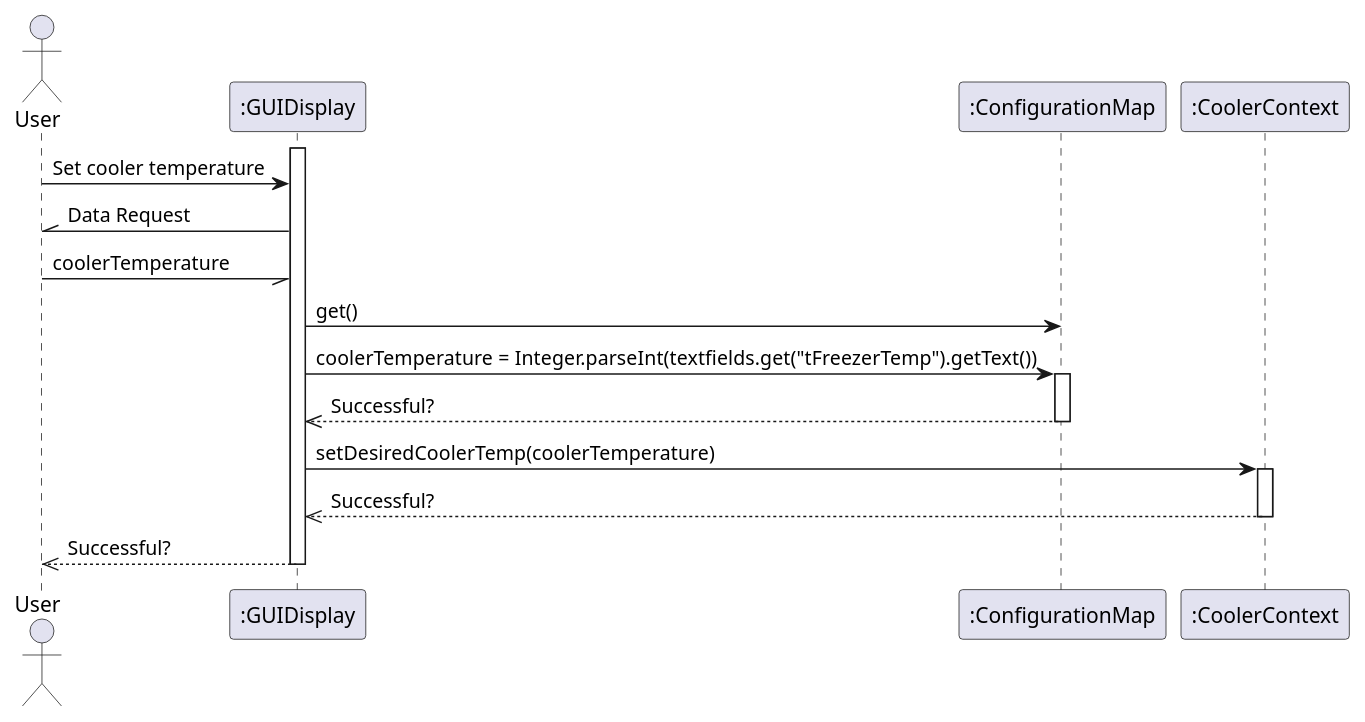
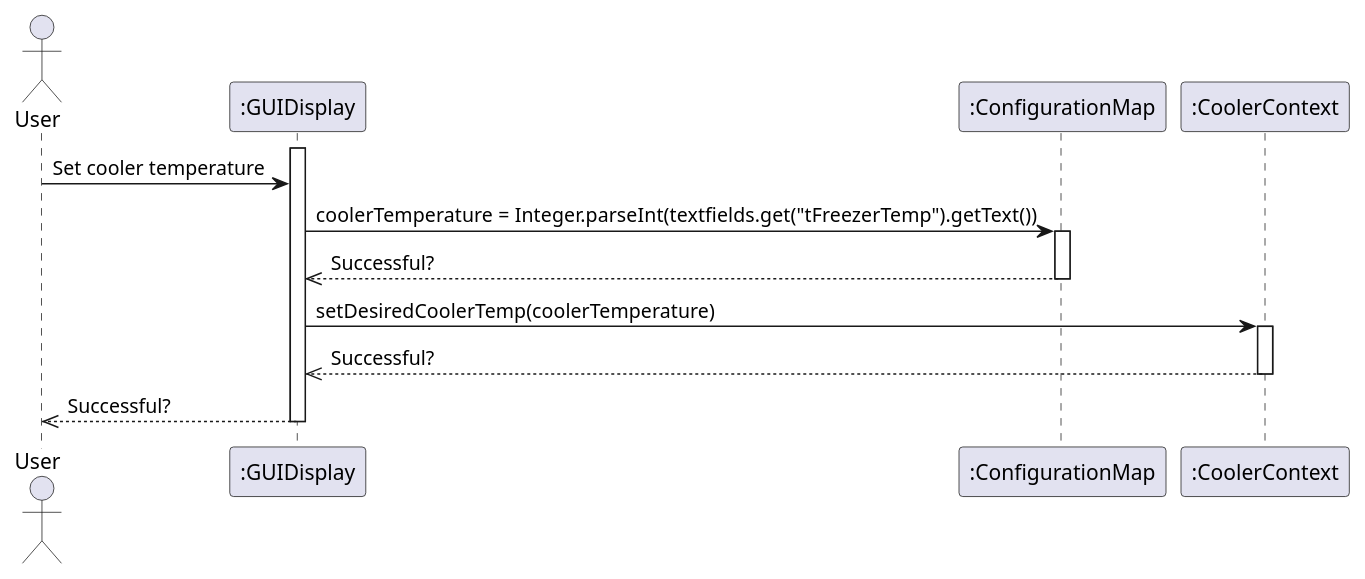
The diagram in src/SequenceDiagrams/SetCoolerTemp.pu (FreezeWarp/372Groupwork-Project2), drawn with PlantUML before and after one commit.

Commit message:
Forgot this one

```diff
--- a/src/SequenceDiagrams/SetCoolerTemp.pu
+++ b/src/SequenceDiagrams/SetCoolerTemp.pu
@@ -1,22 +1,19 @@
 @startuml
 Actor User
 
 activate ":GUIDisplay"
 User -> ":GUIDisplay" : Set cooler temperature
-User //- ":GUIDisplay": Data Request
-User -// ":GUIDisplay": coolerTemperature
 
-":GUIDisplay" -> ":ConfigurationMap" : get()
 ":GUIDisplay" -> ":ConfigurationMap" : coolerTemperature = Integer.parseInt(textfields.get("tFreezerTemp").getText())
 activate ":ConfigurationMap"
 ":ConfigurationMap" -->> ":GUIDisplay": Successful?
 deactivate ":ConfigurationMap"
 
 ":GUIDisplay" -> ":CoolerContext": setDesiredCoolerTemp(coolerTemperature)
 activate ":CoolerContext"
 
 ":CoolerContext" -->> ":GUIDisplay" : Successful?
 deactivate ":CoolerContext"
 ":GUIDisplay" -->> User : Successful?
 deactivate ":GUIDisplay"
 @enduml
```
